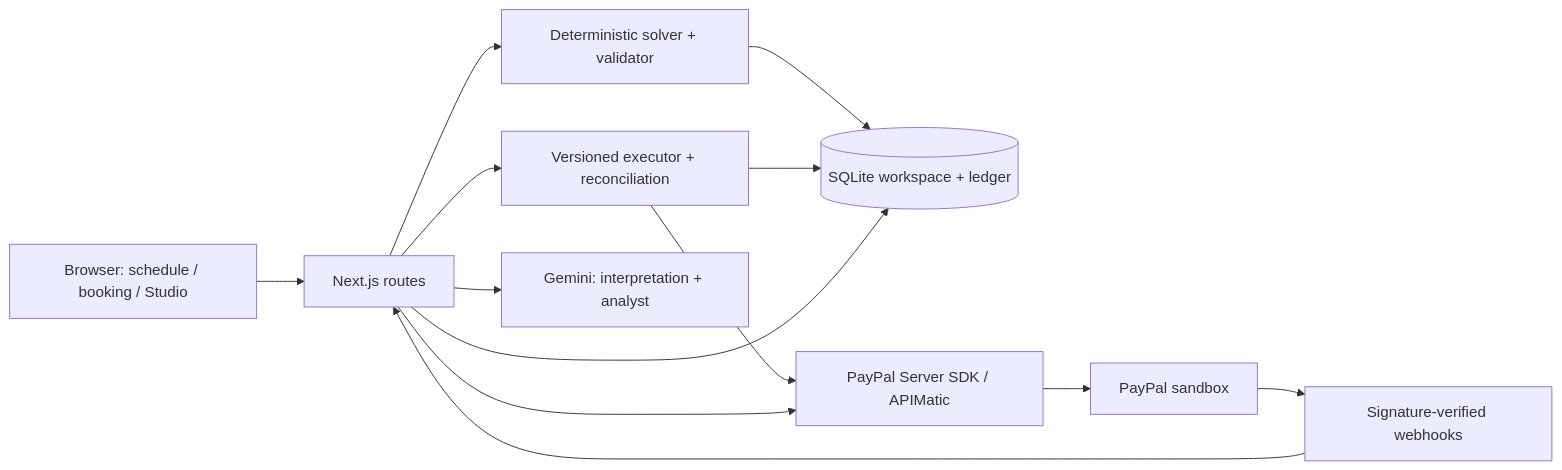
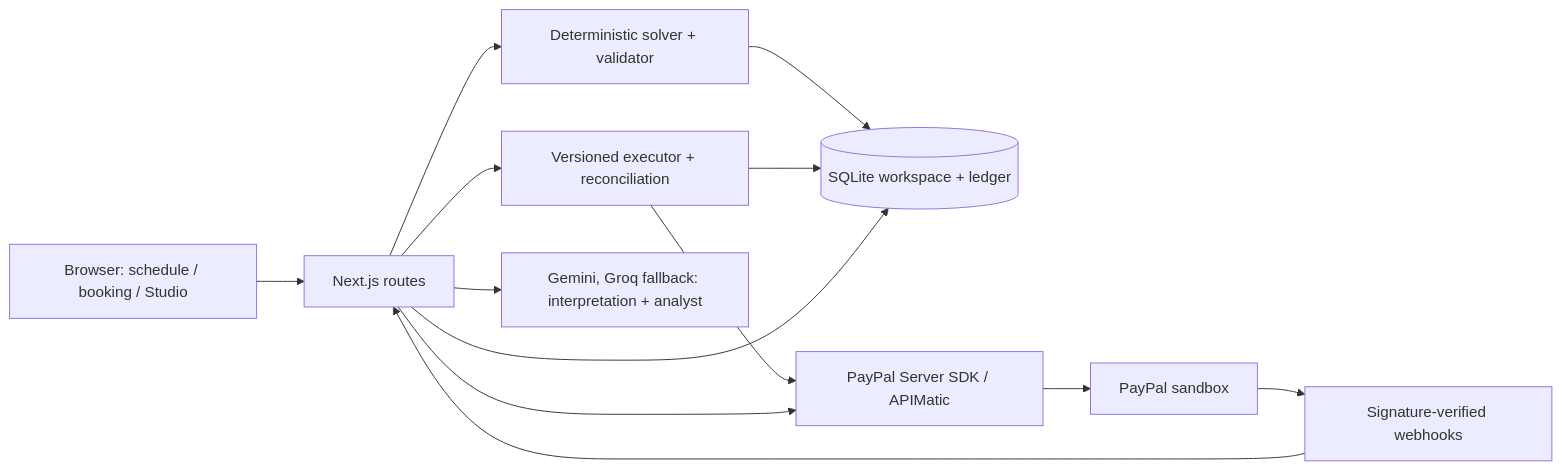
Before and after one commit to harsha31bs07-blip/rebook: the diagram in README.md, drawn with Mermaid. The commit also changed other lines of this file and 1 other file, not shown here.

Commit message:
Describe the analyst's direct tools and preset charts; Groq in the architecture

````diff
--- a/README.md
+++ b/README.md
@@ -84,15 +84,15 @@
 ```mermaid
 flowchart LR
   Browser[Browser: schedule / booking / Studio] --> Routes[Next.js routes]
   Routes --> Solver[Deterministic solver + validator]
   Routes --> Executor[Versioned executor + reconciliation]
   Solver --> Store[(SQLite workspace + ledger)]
   Executor --> Store
   Executor --> SDK[PayPal Server SDK / APIMatic]
   Routes --> SDK
-  Routes --> Gemini[Gemini: interpretation + analyst]
+  Routes --> Gemini[Gemini, Groq fallback: interpretation + analyst]
   SDK --> PayPal[PayPal sandbox]
   PayPal --> Webhooks[Signature-verified webhooks]
   Webhooks --> Routes
   Routes --> Store
 ```
````
